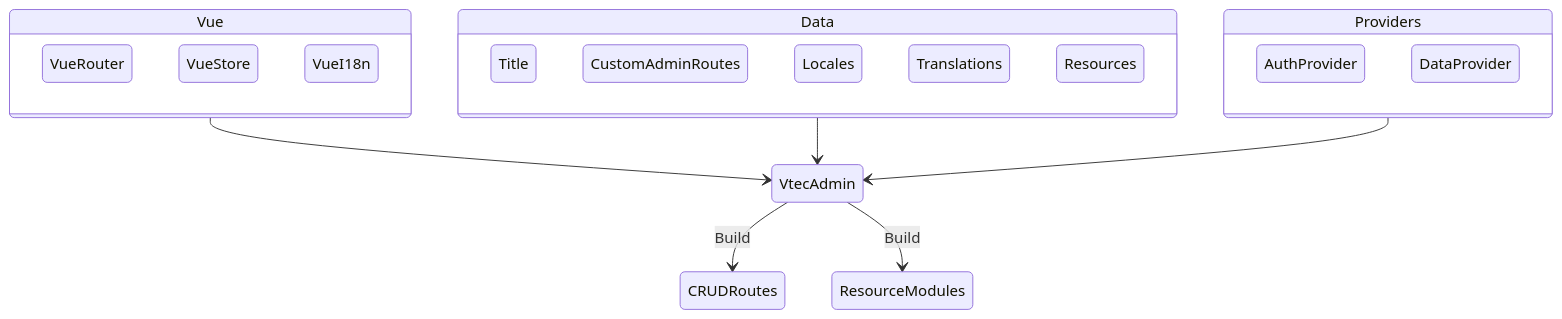
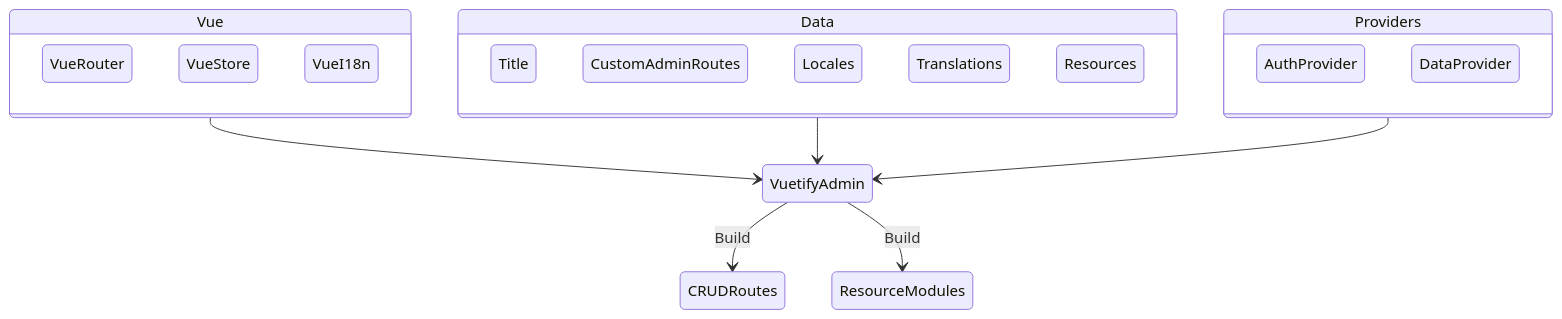
Before and after one commit to okami101/vuetify-admin: the diagram in docs/.vuepress/public/diagrams/instantiation.mmd, drawn with Mermaid. The commit also changed 99 other files, not shown here.

```diff
--- a/docs/.vuepress/public/diagrams/instantiation.mmd
+++ b/docs/.vuepress/public/diagrams/instantiation.mmd
@@ -1,22 +1,22 @@
 stateDiagram
   state Vue {
     VueRouter
     VueStore
     VueI18n
   }
   state Data {
     Title
     CustomAdminRoutes
     Locales
     Translations
     Resources
   }
   state Providers {
     AuthProvider
     DataProvider
   }
-  Vue --> VtecAdmin
-  Data --> VtecAdmin
-  Providers --> VtecAdmin
-  VtecAdmin --> CRUDRoutes: Build
-  VtecAdmin --> ResourceModules: Build
+  Vue --> VuetifyAdmin
+  Data --> VuetifyAdmin
+  Providers --> VuetifyAdmin
+  VuetifyAdmin --> CRUDRoutes: Build
+  VuetifyAdmin --> ResourceModules: Build
```
